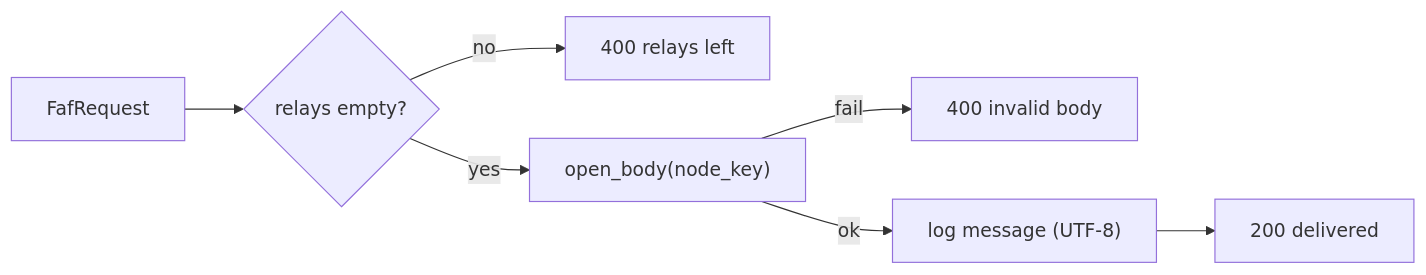
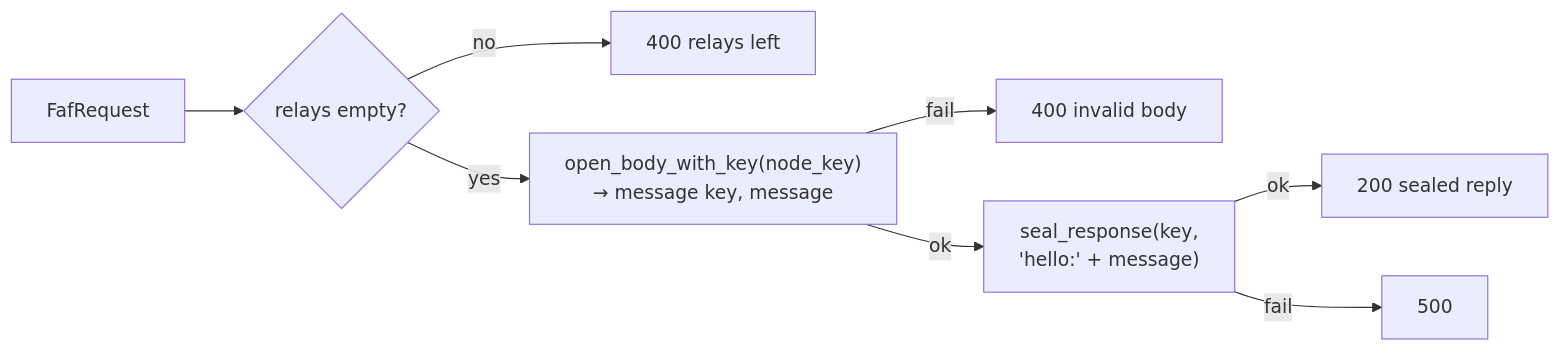
The diagram in docs/src/terminal.md (Lanetus/TTKServer), drawn with Mermaid before and after one commit. The commit also changed other lines of this file and 9 other files, not shown here.

First line of the commit message:
fix: update the mdBook architecture docs to the current workspace (#76)

````diff
--- a/docs/src/terminal.md
+++ b/docs/src/terminal.md
@@ -27,8 +27,10 @@
 ```mermaid
 flowchart LR
     A["FafRequest"] --> B{"relays empty?"}
     B -- no --> E1["400 relays left"]
-    B -- yes --> C["open_body(node_key)"]
+    B -- yes --> C["open_body_with_key(node_key)<br/>→ message key, message"]
     C -- fail --> E2["400 invalid body"]
-    C -- ok --> D["log message (UTF-8)"] --> OK["200 delivered"]
+    C -- ok --> D["seal_response(key,<br/>'hello:' + message)"]
+    D -- ok --> OK["200 sealed reply"]
+    D -- fail --> E3["500"]
 ```
````
